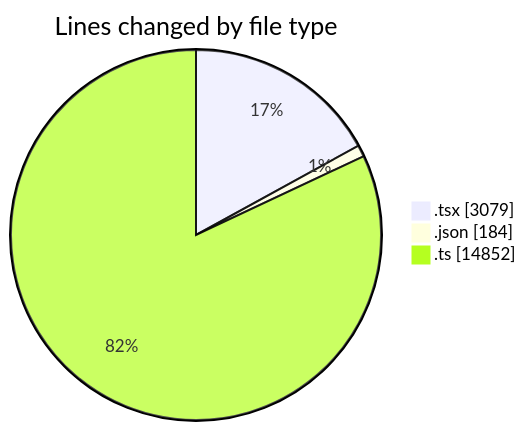
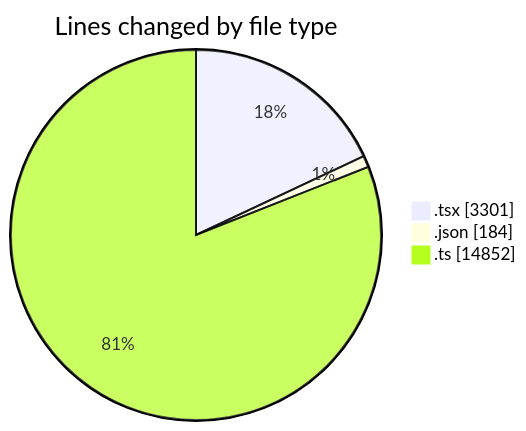
Before and after one commit to momahboobian/code-tracking: the first of 2 diagrams in 2025-11-21/cda/README.md, drawn with Mermaid. The commit also changed other lines of this file and 1 other file, not shown here.

````diff
--- a/2025-11-21/cda/README.md
+++ b/2025-11-21/cda/README.md
@@ -32,7 +33,7 @@
 ```mermaid
 pie showData
 title Lines changed by file type
-".tsx" : 3079
+".tsx" : 3301
 ".json" : 184
 ".ts" : 14852
 ```
````
